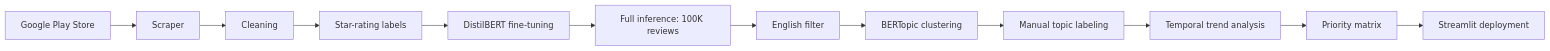
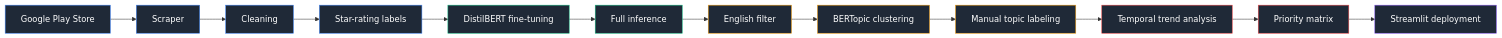
Before and after one commit to GranBan/granthbangard_ds_portfolio: the diagram in Spotify NLP App Review Intelligence System/README.md, drawn with Mermaid.

````diff
--- a/Spotify NLP App Review Intelligence System/README.md
+++ b/Spotify NLP App Review Intelligence System/README.md
@@ -65,14 +65,27 @@
 ```mermaid
 graph LR
     A[Google Play Store] --> B[Scraper]
     B --> C[Cleaning]
     C --> D[Star-rating labels]
     D --> E[DistilBERT fine-tuning]
-    E --> F[Full inference: 100K reviews]
+    E --> F[Full inference]
     F --> G[English filter]
     G --> H[BERTopic clustering]
     H --> I[Manual topic labeling]
     I --> J[Temporal trend analysis]
     J --> K[Priority matrix]
     K --> L[Streamlit deployment]
+
+    style A fill:#1f2937,stroke:#3b82f6,color:#fff
+    style B fill:#1f2937,stroke:#3b82f6,color:#fff
+    style C fill:#1f2937,stroke:#3b82f6,color:#fff
+    style D fill:#1f2937,stroke:#3b82f6,color:#fff
+    style E fill:#1f2937,stroke:#10b981,color:#fff
+    style F fill:#1f2937,stroke:#10b981,color:#fff
+    style G fill:#1f2937,stroke:#f59e0b,color:#fff
+    style H fill:#1f2937,stroke:#f59e0b,color:#fff
+    style I fill:#1f2937,stroke:#f59e0b,color:#fff
+    style J fill:#1f2937,stroke:#ef4444,color:#fff
+    style K fill:#1f2937,stroke:#ef4444,color:#fff
+    style L fill:#1f2937,stroke:#8b5cf6,color:#fff
 ```
````
